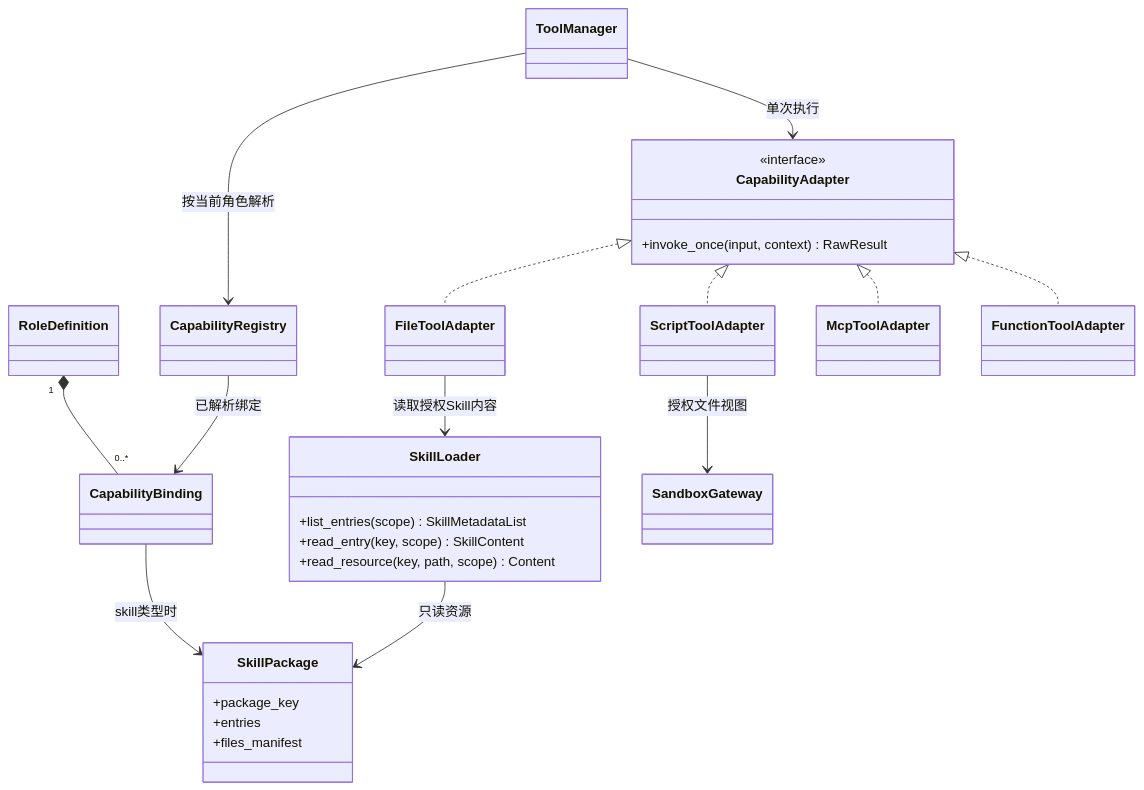
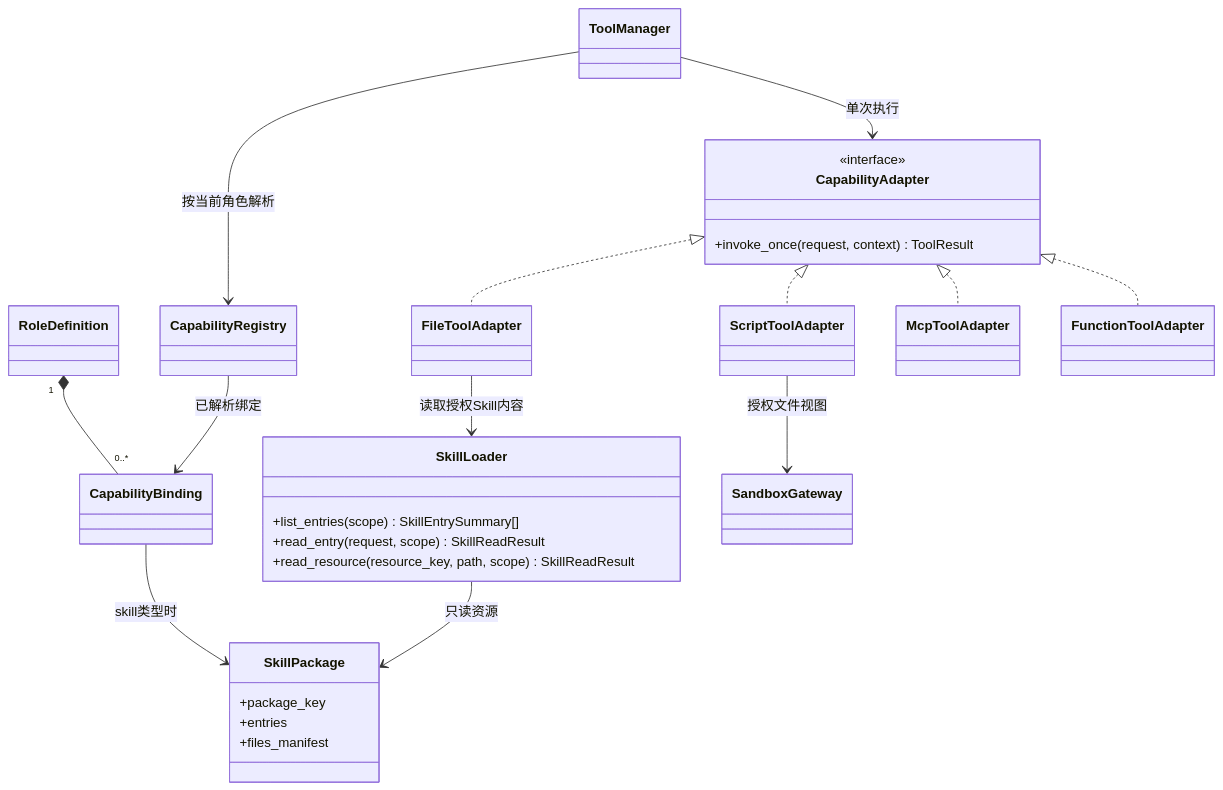
One commit to dujian0068/agent-loom changed the sixth of 9 diagrams in docs/sdk/object-collaboration.md. Above: the diagram before and after it, drawn with Mermaid. The commit also changed other lines of this file and 22 other files, not shown here.

````diff
--- a/docs/sdk/object-collaboration.md
+++ b/docs/sdk/object-collaboration.md
@@ -287,38 +295,38 @@
 ```mermaid
 classDiagram
     class RoleDefinition
     class CapabilityBinding
     class CapabilityRegistry
     class SkillPackage {
       +package_key
       +entries
       +files_manifest
     }
     class SkillLoader {
-      +list_entries(scope) SkillMetadataList
-      +read_entry(key, scope) SkillContent
-      +read_resource(key, path, scope) Content
+      +list_entries(scope) SkillEntrySummary[]
+      +read_entry(request, scope) SkillReadResult
+      +read_resource(resource_key, path, scope) SkillReadResult
     }
     class ToolManager
     class CapabilityAdapter {
       <<interface>>
-      +invoke_once(input, context) RawResult
+      +invoke_once(request, context) ToolResult
     }
     class FileToolAdapter
     class ScriptToolAdapter
     class McpToolAdapter
     class FunctionToolAdapter
     class SandboxGateway
     RoleDefinition "1" *-- "0..*" CapabilityBinding
     CapabilityRegistry --> CapabilityBinding : 已解析绑定
     CapabilityBinding --> SkillPackage : skill类型时
     SkillLoader --> SkillPackage : 只读资源
     ToolManager --> CapabilityRegistry : 按当前角色解析
     ToolManager --> CapabilityAdapter : 单次执行
     CapabilityAdapter <|.. FileToolAdapter
     CapabilityAdapter <|.. ScriptToolAdapter
     CapabilityAdapter <|.. McpToolAdapter
     CapabilityAdapter <|.. FunctionToolAdapter
     FileToolAdapter --> SkillLoader : 读取授权Skill内容
     ScriptToolAdapter --> SandboxGateway : 授权文件视图
 ```
````
